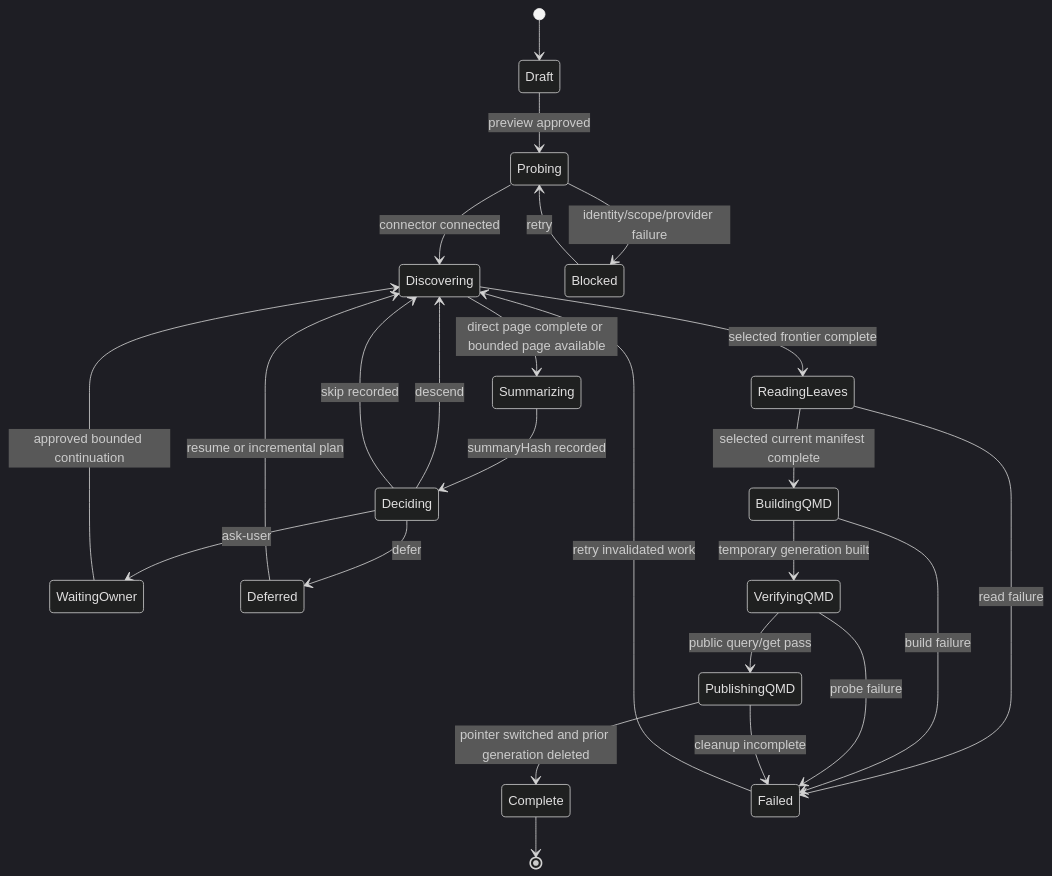
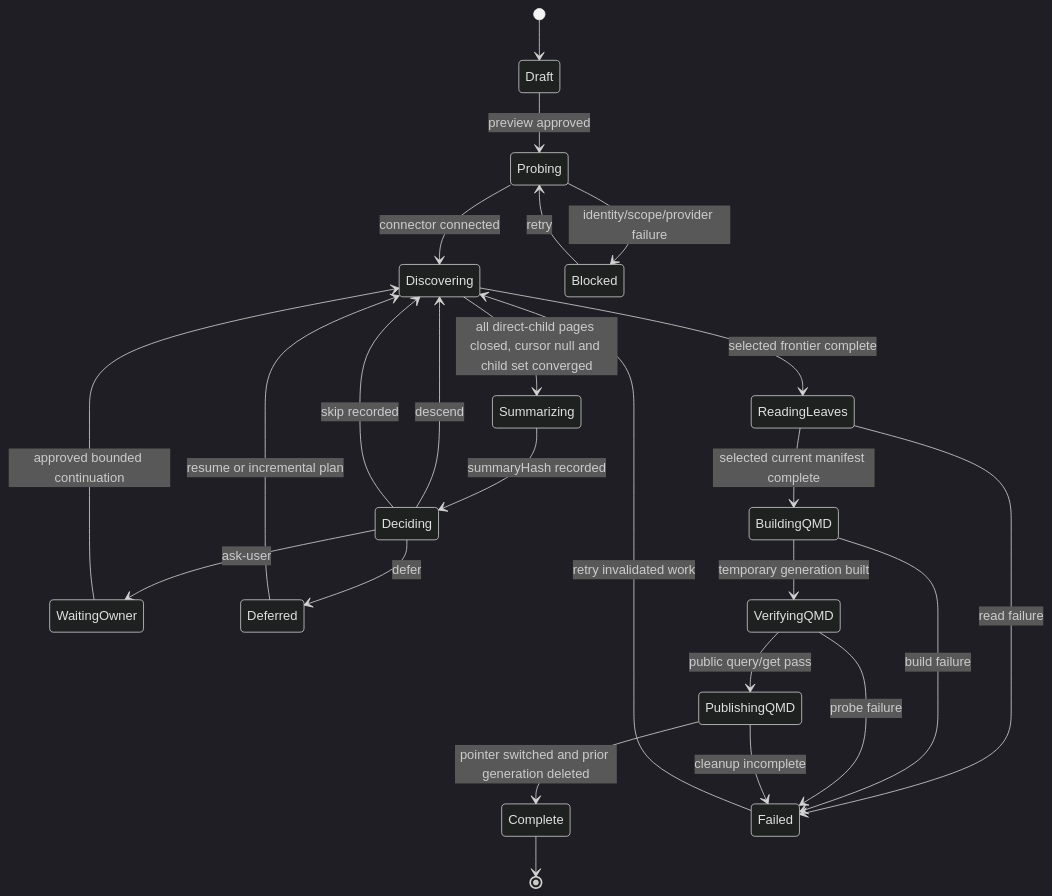
The second of 3 diagrams in docs/design/active/design_doc-v1-progressive-scan-and-wiki.md (MetaInFLow/CoWikiHarness), drawn with Mermaid (dark theme) before and after one commit. The commit also changed other lines of this file and 2 other files, not shown here.

````diff
--- a/docs/design/active/design_doc-v1-progressive-scan-and-wiki.md
+++ b/docs/design/active/design_doc-v1-progressive-scan-and-wiki.md
@@ -412,27 +412,27 @@
 ```mermaid
 stateDiagram-v2
     [*] --> Draft
     Draft --> Probing: preview approved
     Probing --> Discovering: connector connected
     Probing --> Blocked: identity/scope/provider failure
-    Discovering --> Summarizing: direct page complete or bounded page available
+    Discovering --> Summarizing: all direct-child pages closed, cursor null and child set converged
     Summarizing --> Deciding: summaryHash recorded
     Deciding --> Discovering: descend
     Deciding --> WaitingOwner: ask-user
     Deciding --> Deferred: defer
     Deciding --> Discovering: skip recorded
     WaitingOwner --> Discovering: approved bounded continuation
     Discovering --> ReadingLeaves: selected frontier complete
     ReadingLeaves --> BuildingQMD: selected current manifest complete
     BuildingQMD --> VerifyingQMD: temporary generation built
     VerifyingQMD --> PublishingQMD: public query/get pass
     PublishingQMD --> Complete: pointer switched and prior generation deleted
     Complete --> [*]
     Blocked --> Probing: retry
     Deferred --> Discovering: resume or incremental plan
     ReadingLeaves --> Failed: read failure
     BuildingQMD --> Failed: build failure
     VerifyingQMD --> Failed: probe failure
     PublishingQMD --> Failed: cleanup incomplete
     Failed --> Discovering: retry invalidated work
 ```
````
